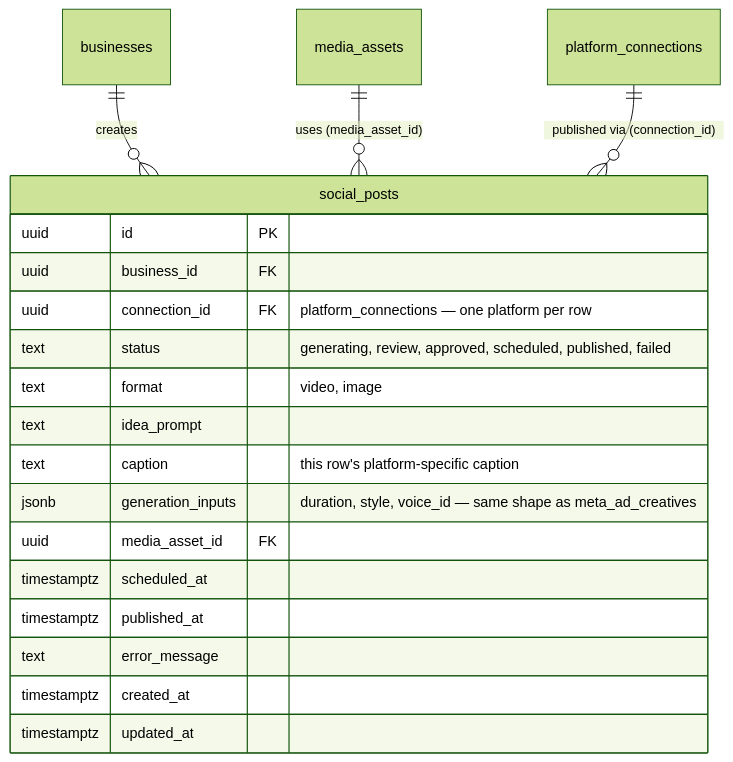
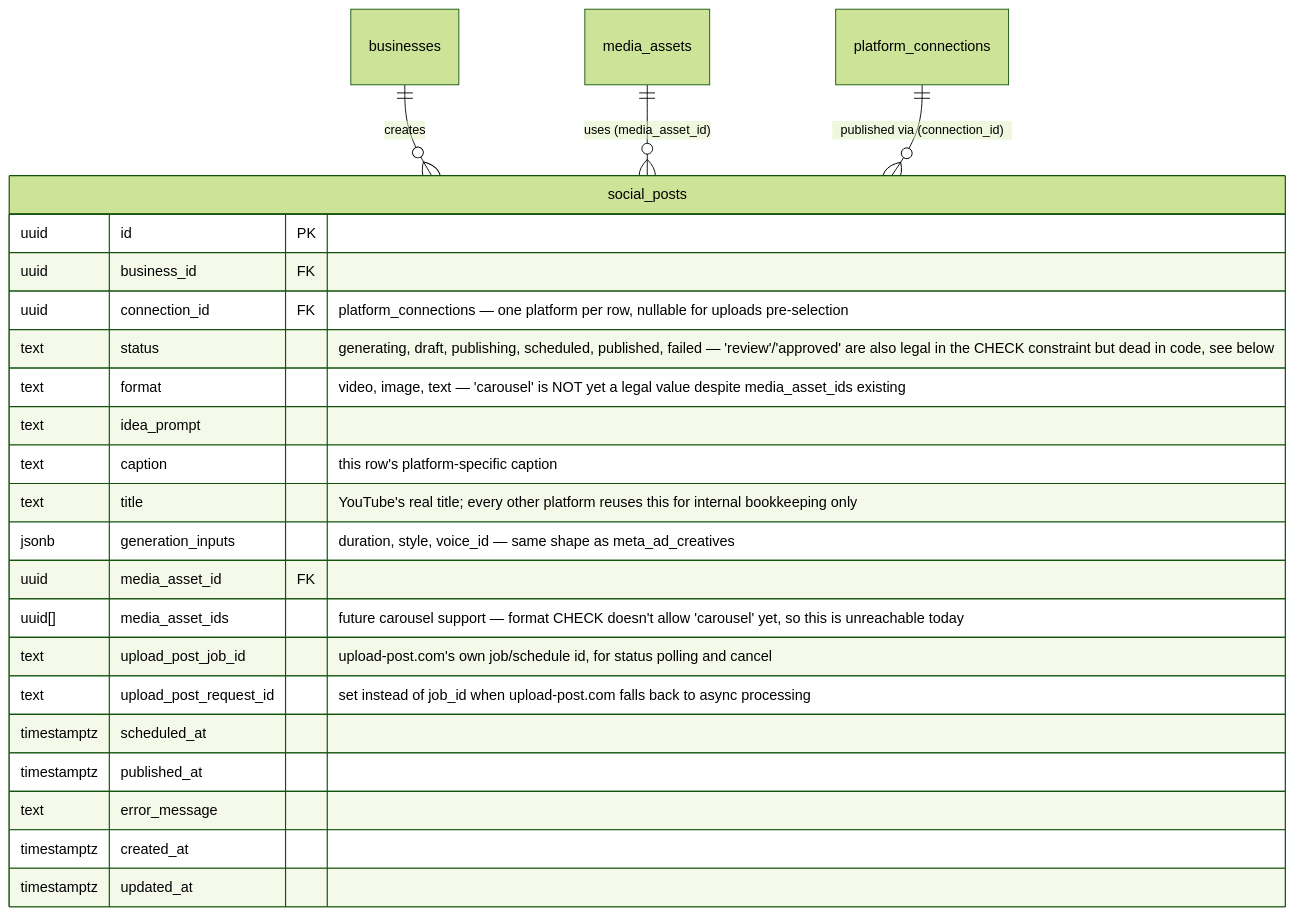
The seventh of 8 diagrams in docs/architecture/database_schema.md (Aumatic-AI/Kinetix), drawn with Mermaid (forest theme) before and after one commit. The commit also changed other lines of this file and 57 other files, not shown here.

````diff
--- a/docs/architecture/database_schema.md
+++ b/docs/architecture/database_schema.md
@@ -296,23 +295,27 @@
 ```mermaid
 erDiagram
     businesses ||--o{ social_posts : "creates"
     media_assets ||--o{ social_posts : "uses (media_asset_id)"
     platform_connections ||--o{ social_posts : "published via (connection_id)"
 
     social_posts {
         uuid id PK
         uuid business_id FK
-        uuid connection_id FK "platform_connections — one platform per row"
-        text status "generating, review, approved, scheduled, published, failed"
-        text format "video, image"
+        uuid connection_id FK "platform_connections — one platform per row, nullable for uploads pre-selection"
+        text status "generating, draft, publishing, scheduled, published, failed — 'review'/'approved' are also legal in the CHECK constraint but dead in code, see below"
+        text format "video, image, text — 'carousel' is NOT yet a legal value despite media_asset_ids existing"
         text idea_prompt
         text caption "this row's platform-specific caption"
+        text title "YouTube's real title; every other platform reuses this for internal bookkeeping only"
         jsonb generation_inputs "duration, style, voice_id — same shape as meta_ad_creatives"
         uuid media_asset_id FK
+        uuid[] media_asset_ids "future carousel support — format CHECK doesn't allow 'carousel' yet, so this is unreachable today"
+        text upload_post_job_id "upload-post.com's own job/schedule id, for status polling and cancel"
+        text upload_post_request_id "set instead of job_id when upload-post.com falls back to async processing"
         timestamptz scheduled_at
         timestamptz published_at
         text error_message
         timestamptz created_at
         timestamptz updated_at
     }
 ```
````
